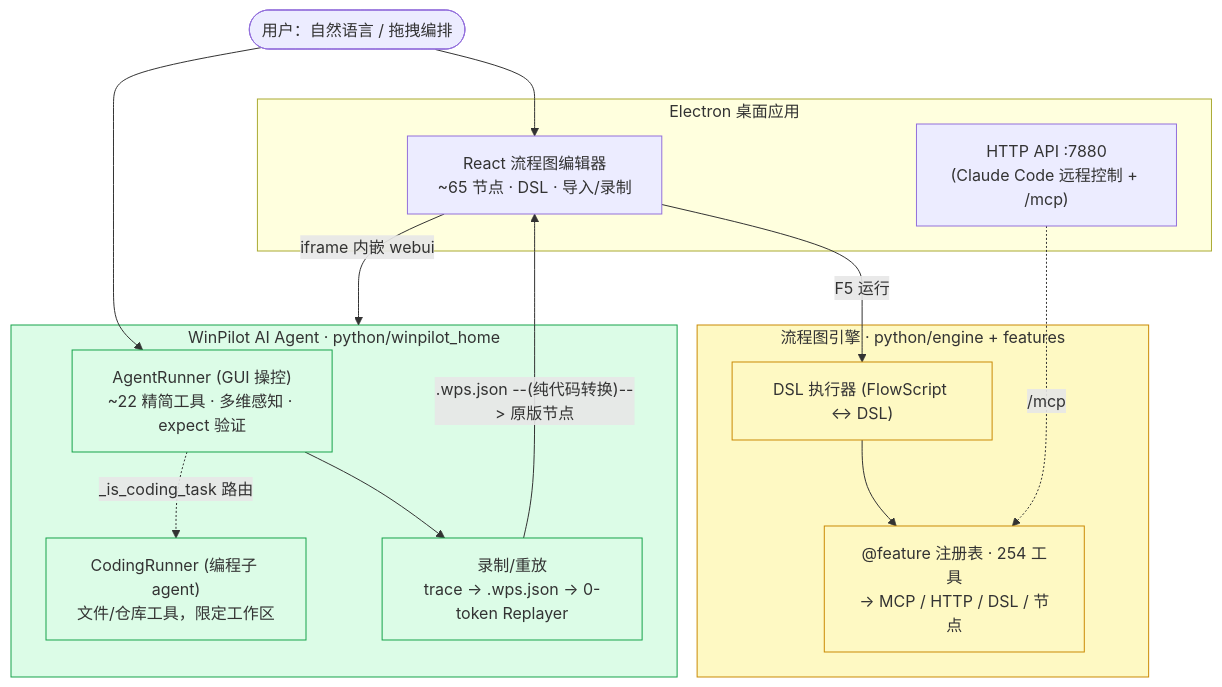
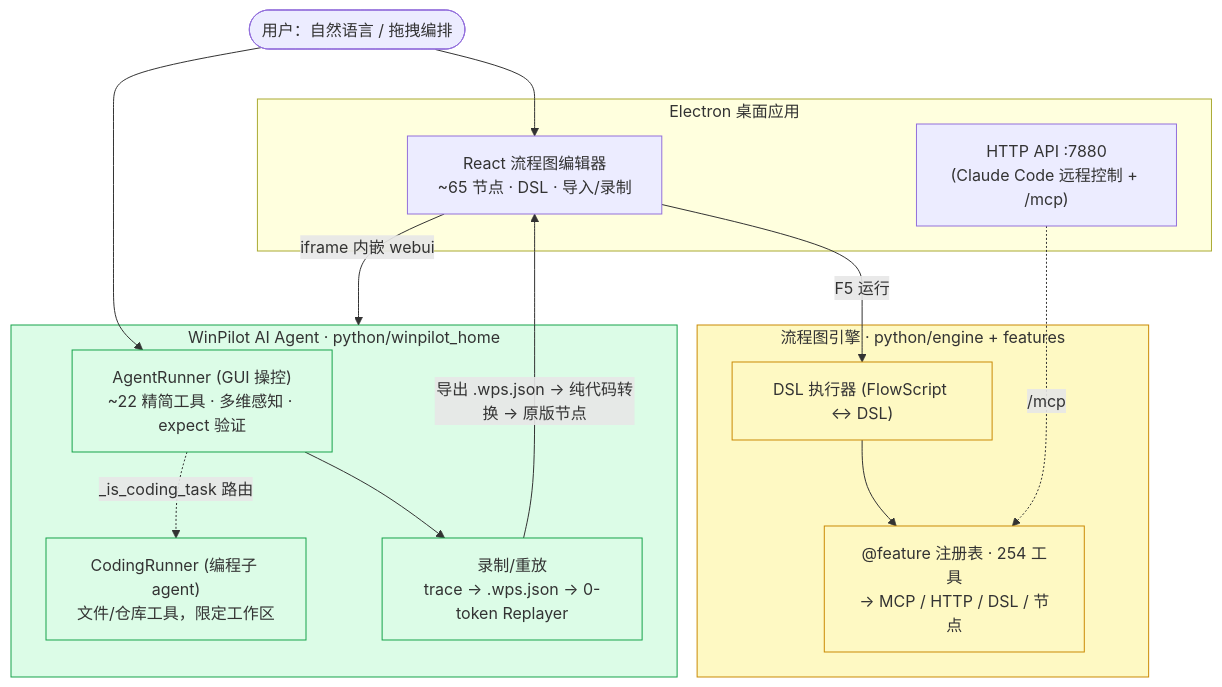
Before and after one commit to zoujiapeng/lingdong-script: the diagram in README.md, drawn with Mermaid.

Commit message:
docs(readme): avoid '-->' inside a Mermaid edge label (use → ) so the diagram renders on GitHub

````diff
--- a/README.md
+++ b/README.md
@@ -28,35 +28,35 @@
 ```mermaid
 flowchart TB
     user([用户：自然语言 / 拖拽编排])
 
     subgraph electron["Electron 桌面应用"]
         rend["React 流程图编辑器<br/>~65 节点 · DSL · 导入/录制"]
         api["HTTP API :7880<br/>(Claude Code 远程控制 + /mcp)"]
     end
 
     subgraph winpilot["WinPilot AI Agent · python/winpilot_home"]
         loop["AgentRunner (GUI 操控)<br/>~22 精简工具 · 多维感知 · expect 验证"]
         coding["CodingRunner (编程子 agent)<br/>文件/仓库工具，限定工作区"]
         rec["录制/重放<br/>trace → .wps.json → 0-token Replayer"]
     end
 
     subgraph legacy["流程图引擎 · python/engine + features"]
         engine["DSL 执行器 (FlowScript ↔ DSL)"]
         feats["@feature 注册表 · 254 工具<br/>→ MCP / HTTP / DSL / 节点"]
     end
 
     user --> rend
     user --> loop
     rend -- "iframe 内嵌 webui" --> winpilot
     loop -. "_is_coding_task 路由" .-> coding
     loop --> rec
-    rec -- ".wps.json --(纯代码转换)--> 原版节点" --> rend
+    rec -- "导出 .wps.json → 纯代码转换 → 原版节点" --> rend
     rend -- "F5 运行" --> engine
     engine --> feats
     api -. "/mcp" .-> feats
 
     classDef live fill:#dcfce7,stroke:#16a34a;
     classDef legacy fill:#fef9c3,stroke:#ca8a04;
     class winpilot,loop,coding,rec live;
     class legacy,engine,feats legacy;
 ```
````
